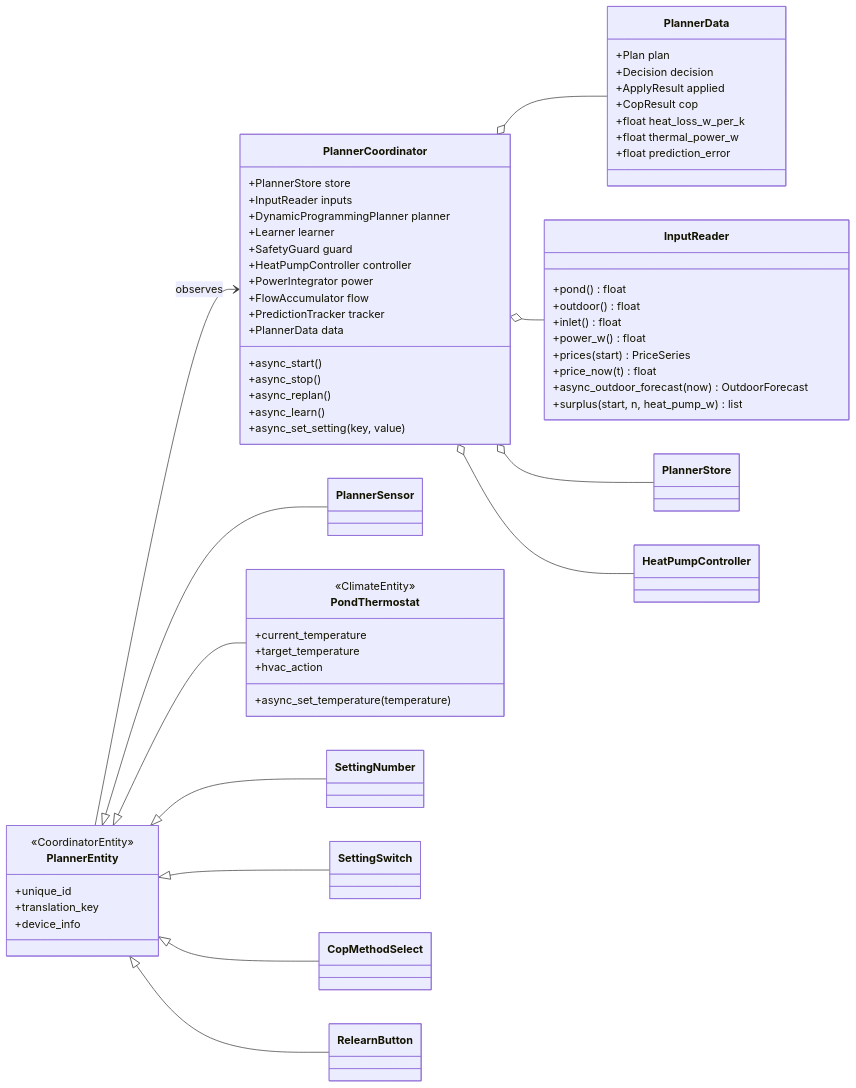
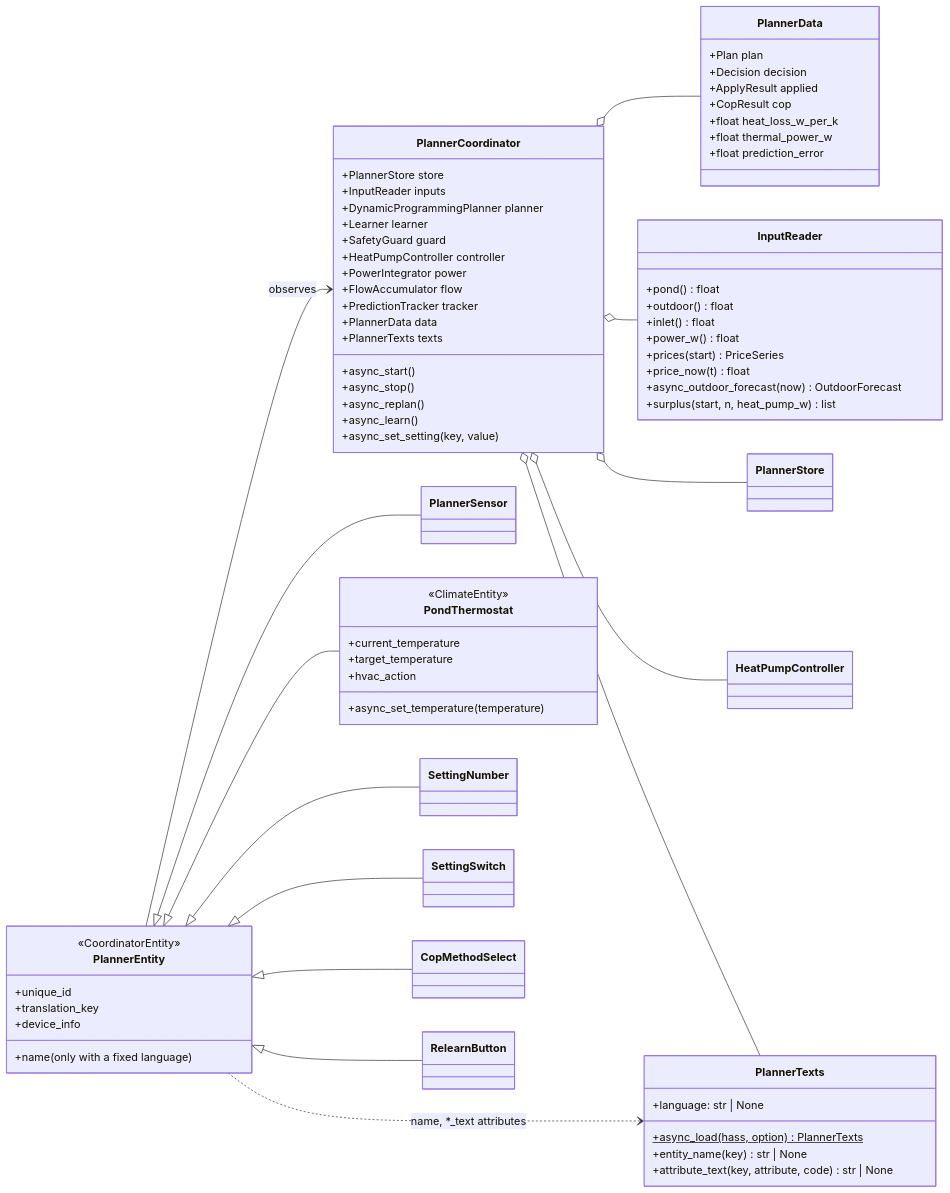
Diagram 17 of 25 in docs/architecture.md (abroeders/pond-heatpump-price-planner), drawn with Mermaid before and after one commit. The commit also changed other lines of this file and 6 other files, not shown here.

Commit message:
docs: language option in configuration, entities, card and architecture (#28)

````diff
--- a/docs/architecture.md
+++ b/docs/architecture.md
@@ -665,69 +666,79 @@
 ```mermaid
 classDiagram
     direction LR
     class PlannerCoordinator {
         +PlannerStore store
         +InputReader inputs
         +DynamicProgrammingPlanner planner
         +Learner learner
         +SafetyGuard guard
         +HeatPumpController controller
         +PowerIntegrator power
         +FlowAccumulator flow
         +PredictionTracker tracker
         +PlannerData data
+        +PlannerTexts texts
         +async_start()
         +async_stop()
         +async_replan()
         +async_learn()
         +async_set_setting(key, value)
     }
     class PlannerData {
         +Plan plan
         +Decision decision
         +ApplyResult applied
         +CopResult cop
         +float heat_loss_w_per_k
         +float thermal_power_w
         +float prediction_error
     }
     class InputReader {
         +pond() float
         +outdoor() float
         +inlet() float
         +power_w() float
         +prices(start) PriceSeries
         +price_now(t) float
         +async_outdoor_forecast(now) OutdoorForecast
         +surplus(start, n, heat_pump_w) list
     }
     class PlannerEntity {
         <<CoordinatorEntity>>
         +unique_id
         +translation_key
+        +name (only with a fixed language)
         +device_info
+    }
+    class PlannerTexts {
+        +language: str | None
+        +async_load(hass, option)$ PlannerTexts
+        +entity_name(key) str | None
+        +attribute_text(key, attribute, code) str | None
     }
     class PlannerSensor
     class PondThermostat {
         <<ClimateEntity>>
         +current_temperature
         +target_temperature
         +hvac_action
         +async_set_temperature(temperature)
     }
     class SettingNumber
     class SettingSwitch
     class CopMethodSelect
     class RelearnButton
     PlannerCoordinator o-- PlannerData
     PlannerCoordinator o-- InputReader
     PlannerCoordinator o-- PlannerStore
     PlannerCoordinator o-- HeatPumpController
+    PlannerCoordinator o-- PlannerTexts
     PlannerEntity <|-- PlannerSensor
     PlannerEntity <|-- PondThermostat
     PlannerEntity <|-- SettingNumber
     PlannerEntity <|-- SettingSwitch
     PlannerEntity <|-- CopMethodSelect
     PlannerEntity <|-- RelearnButton
     PlannerEntity --> PlannerCoordinator : observes
+    PlannerEntity ..> PlannerTexts : name, *_text attributes
 ```
````
